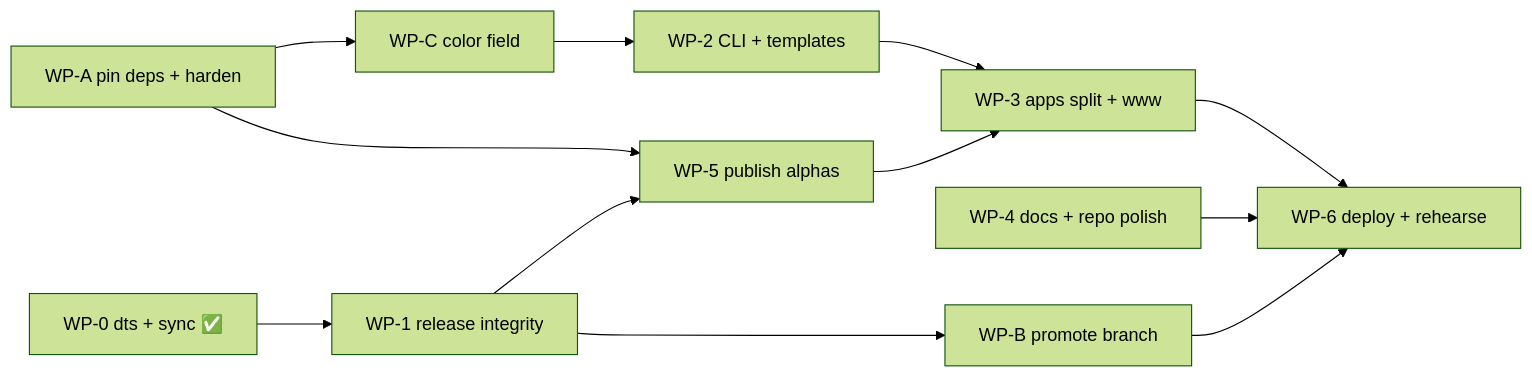
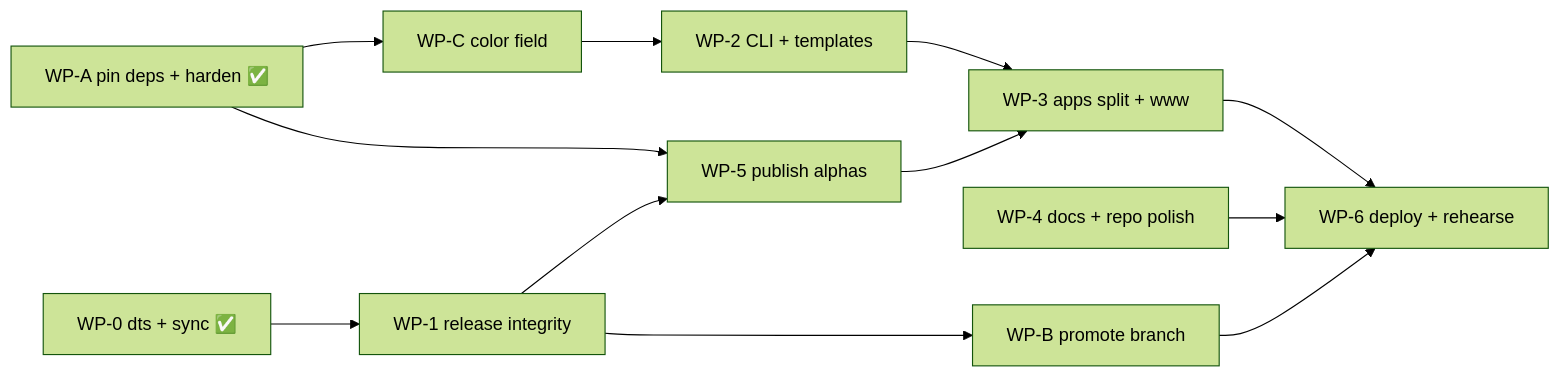
Before and after one commit to ianyimi/vex: the diagram in .agent/docs/specs/2026-08-30-launch-readiness/spec.md, drawn with Mermaid (forest theme). The commit also changed other lines of this file and 31 other files, not shown here.

````diff
--- a/.agent/docs/specs/2026-08-30-launch-readiness/spec.md
+++ b/.agent/docs/specs/2026-08-30-launch-readiness/spec.md
@@ -105,14 +105,14 @@
 ```mermaid
 graph LR
   WP0["WP-0 dts + sync ✅"] --> WP1["WP-1 release integrity"]
-  WPA["WP-A pin deps + harden"] --> WPC["WP-C color field"]
+  WPA["WP-A pin deps + harden ✅"] --> WPC["WP-C color field"]
   WPC --> WP2["WP-2 CLI + templates"]
   WPA --> WP5
   WP1 --> WP5["WP-5 publish alphas"]
   WP2 --> WP3["WP-3 apps split + www"]
   WP5 --> WP3
   WP1 --> WPB["WP-B promote branch"]
   WP3 --> WP6["WP-6 deploy + rehearse"]
   WP4["WP-4 docs + repo polish"] --> WP6
   WPB --> WP6
 ```
````
